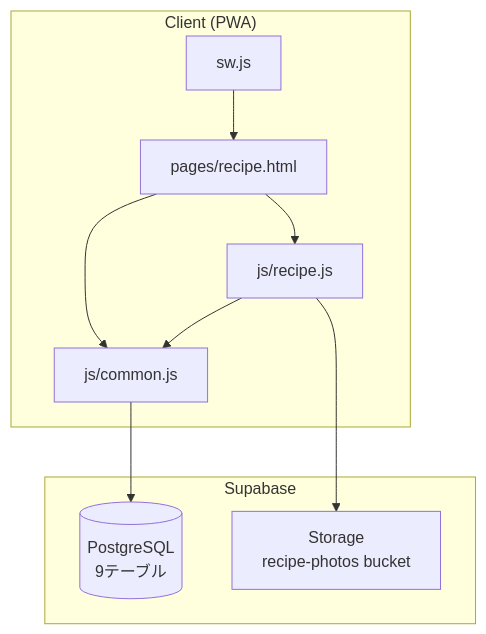
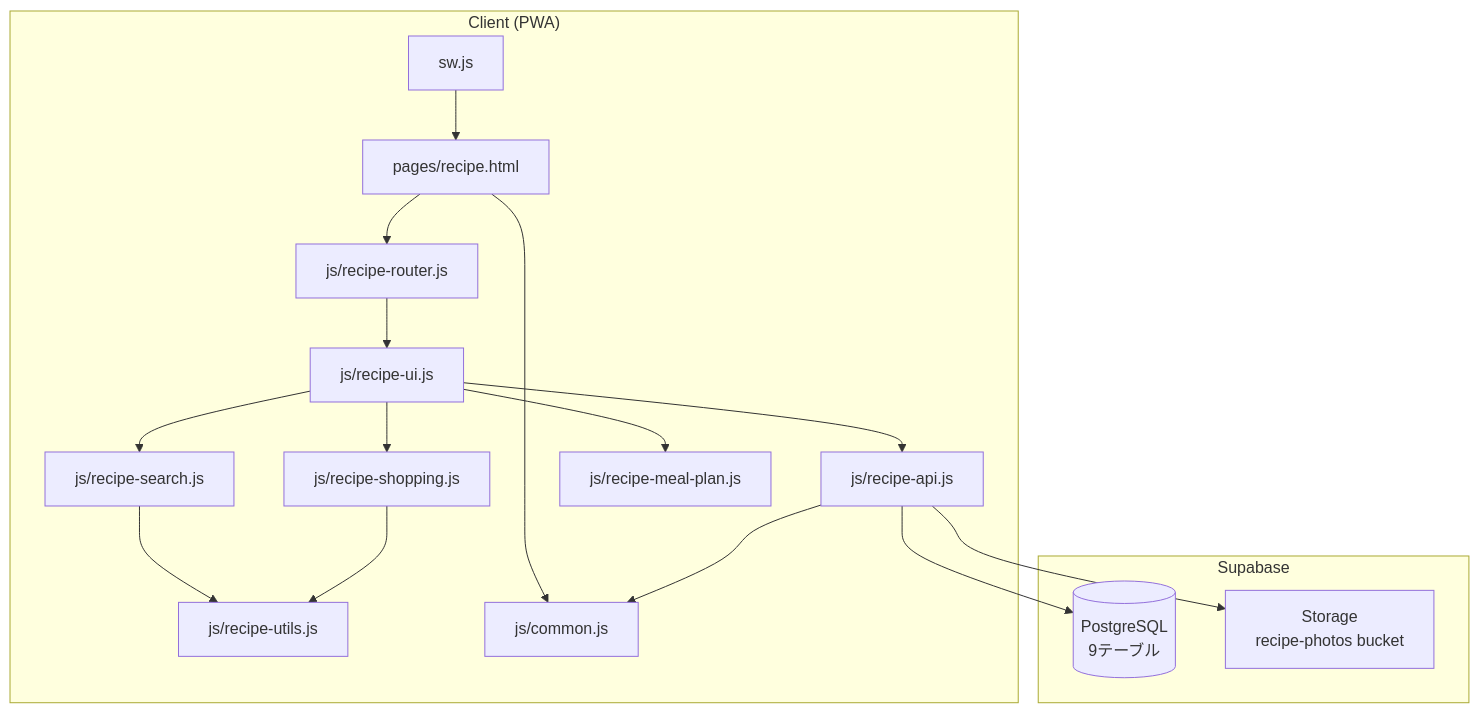
Before and after one commit to osho0625/okodukai_history: the first of 3 diagrams in .kiro/specs/family-recipe/design.md, drawn with Mermaid. The commit also changed other lines of this file and 3 other files, not shown here.

````diff
--- a/.kiro/specs/family-recipe/design.md
+++ b/.kiro/specs/family-recipe/design.md
@@ -23,21 +37,34 @@
 ```mermaid
 graph TB
     subgraph "Client (PWA)"
         HTML[pages/recipe.html]
-        JS[js/recipe.js]
+        ROUTER[js/recipe-router.js]
+        UI[js/recipe-ui.js]
+        API[js/recipe-api.js]
+        SEARCH[js/recipe-search.js]
+        SHOPPING[js/recipe-shopping.js]
+        MEALPLAN[js/recipe-meal-plan.js]
+        UTILS[js/recipe-utils.js]
         COMMON[js/common.js]
         SW[sw.js]
     end
 
     subgraph "Supabase"
         DB[(PostgreSQL<br/>9テーブル)]
         STORAGE[Storage<br/>recipe-photos bucket]
     end
 
-    HTML --> JS
+    HTML --> ROUTER
     HTML --> COMMON
-    JS --> COMMON
-    COMMON --> DB
-    JS --> STORAGE
+    ROUTER --> UI
+    UI --> API
+    UI --> SEARCH
+    UI --> SHOPPING
+    UI --> MEALPLAN
+    SEARCH --> UTILS
+    SHOPPING --> UTILS
+    API --> COMMON
+    API --> DB
+    API --> STORAGE
     SW --> HTML
 ```
````
